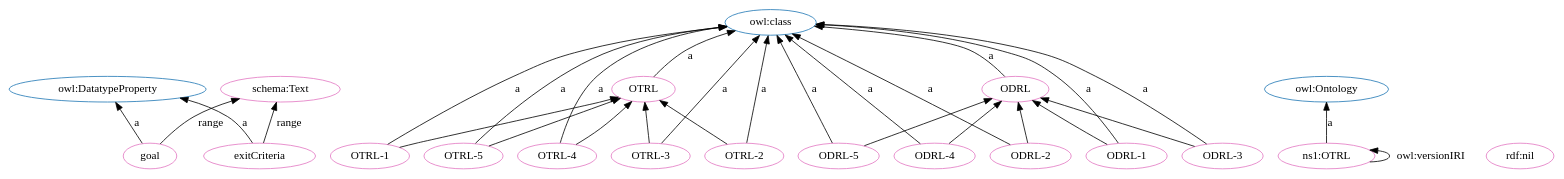
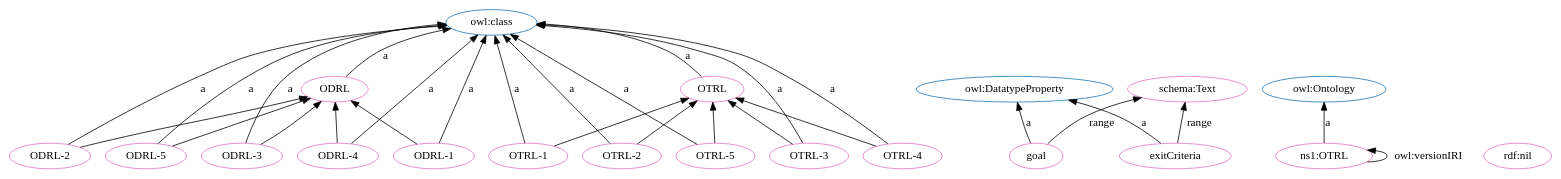
The diagram in OTRL.dot (OPEN-NEXT/OKH-LOSH), drawn with Graphviz before and after one commit. The commit also changed other lines of this file and 15 other files, not shown here.

```diff
--- a/OTRL.dot
+++ b/OTRL.dot
@@ -1,54 +1,54 @@
 digraph G {
   rankdir=BT
   node[height=.3]
+"http://purl.org/oseg/ontologies/OTRL#ODRL" [fillcolor="#1f77b4" color="#1f77b4" label="ODRL"]
+"http://purl.org/oseg/ontologies/OTRL#OTRL" [fillcolor="#1f77b4" color="#1f77b4" label="OTRL"]
 "http://www.w3.org/2002/07/owl#DatatypeProperty" [fillcolor="#1f77b4" color="#1f77b4" label="owl:DatatypeProperty"]
-"http://purl.org/oseg/ontologies/OTRL#OTRL" [fillcolor="#1f77b4" color="#1f77b4" label="OTRL"]
 "http://www.w3.org/2002/07/owl#class" [fillcolor="#1f77b4" color="#1f77b4" label="owl:class"]
-"http://purl.org/oseg/ontologies/OTRL#ODRL" [fillcolor="#1f77b4" color="#1f77b4" label="ODRL"]
 "http://www.w3.org/2002/07/owl#Ontology" [fillcolor="#1f77b4" color="#1f77b4" label="owl:Ontology"]
-"http://purl.org/oseg/ontologies/OTRL#ODRL" [fillcolor="#e377c2" color="#e377c2" label="ODRL"]
-"http://purl.org/oseg/ontologies/OTRL#ODRL-4" [fillcolor="#e377c2" color="#e377c2" label="ODRL-4"]
-"http://purl.org/oseg/ontologies/OTRL#OTRL-5" [fillcolor="#e377c2" color="#e377c2" label="OTRL-5"]
+"http://purl.org/oseg/ontologies/OTRL#OTRL-2" [fillcolor="#e377c2" color="#e377c2" label="OTRL-2"]
+"http://purl.org/oseg/ontologies/OTRL#ODRL-5" [fillcolor="#e377c2" color="#e377c2" label="ODRL-5"]
+"http://purl.org/oseg/ontologies/OTRL#OTRL-1" [fillcolor="#e377c2" color="#e377c2" label="OTRL-1"]
 "http://purl.org/oseg/ontologies/OTRL" [fillcolor="#e377c2" color="#e377c2" label="ns1:OTRL"]
-"http://purl.org/oseg/ontologies/OTRL#OTRL-1" [fillcolor="#e377c2" color="#e377c2" label="OTRL-1"]
 "http://purl.org/oseg/ontologies/OTRL#goal" [fillcolor="#e377c2" color="#e377c2" label="goal"]
-"http://purl.org/oseg/ontologies/OTRL#OTRL" [fillcolor="#e377c2" color="#e377c2" label="OTRL"]
 "http://schema.org/Text" [fillcolor="#e377c2" color="#e377c2" label="schema:Text"]
-"http://purl.org/oseg/ontologies/OTRL#OTRL-4" [fillcolor="#e377c2" color="#e377c2" label="OTRL-4"]
-"http://purl.org/oseg/ontologies/OTRL#ODRL-5" [fillcolor="#e377c2" color="#e377c2" label="ODRL-5"]
 "http://purl.org/oseg/ontologies/OTRL#ODRL-2" [fillcolor="#e377c2" color="#e377c2" label="ODRL-2"]
 "http://purl.org/oseg/ontologies/OTRL#ODRL-3" [fillcolor="#e377c2" color="#e377c2" label="ODRL-3"]
+"http://purl.org/oseg/ontologies/OTRL#ODRL" [fillcolor="#e377c2" color="#e377c2" label="ODRL"]
+"http://purl.org/oseg/ontologies/OTRL#ODRL-1" [fillcolor="#e377c2" color="#e377c2" label="ODRL-1"]
 "http://www.w3.org/1999/02/22-rdf-syntax-ns#nil" [fillcolor="#e377c2" color="#e377c2" label="rdf:nil"]
-"http://purl.org/oseg/ontologies/OTRL#OTRL-2" [fillcolor="#e377c2" color="#e377c2" label="OTRL-2"]
+"http://purl.org/oseg/ontologies/OTRL#OTRL" [fillcolor="#e377c2" color="#e377c2" label="OTRL"]
+"http://purl.org/oseg/ontologies/OTRL#exitCriteria" [fillcolor="#e377c2" color="#e377c2" label="exitCriteria"]
+"http://purl.org/oseg/ontologies/OTRL#OTRL-5" [fillcolor="#e377c2" color="#e377c2" label="OTRL-5"]
+"http://purl.org/oseg/ontologies/OTRL#OTRL-4" [fillcolor="#e377c2" color="#e377c2" label="OTRL-4"]
+"http://purl.org/oseg/ontologies/OTRL#ODRL-4" [fillcolor="#e377c2" color="#e377c2" label="ODRL-4"]
 "http://purl.org/oseg/ontologies/OTRL#OTRL-3" [fillcolor="#e377c2" color="#e377c2" label="OTRL-3"]
-"http://purl.org/oseg/ontologies/OTRL#exitCriteria" [fillcolor="#e377c2" color="#e377c2" label="exitCriteria"]
-"http://purl.org/oseg/ontologies/OTRL#ODRL-1" [fillcolor="#e377c2" color="#e377c2" label="ODRL-1"]
-  "http://purl.org/oseg/ontologies/OTRL#ODRL-4" -> "http://www.w3.org/2002/07/owl#class" [label="a"]
+  "http://purl.org/oseg/ontologies/OTRL#OTRL-1" -> "http://www.w3.org/2002/07/owl#class" [label="a"]
   "http://purl.org/oseg/ontologies/OTRL" -> "http://www.w3.org/2002/07/owl#Ontology" [label="a"]
   "http://purl.org/oseg/ontologies/OTRL#goal" -> "http://www.w3.org/2002/07/owl#DatatypeProperty" [label="a"]
+  "http://purl.org/oseg/ontologies/OTRL#ODRL-3" -> "http://www.w3.org/2002/07/owl#class" [label="a"]
+  "http://purl.org/oseg/ontologies/OTRL#ODRL-2" -> "http://purl.org/oseg/ontologies/OTRL#ODRL" [label=""]
+  "http://purl.org/oseg/ontologies/OTRL#exitCriteria" -> "http://www.w3.org/2002/07/owl#DatatypeProperty" [label="a"]
+  "http://purl.org/oseg/ontologies/OTRL#OTRL-5" -> "http://www.w3.org/2002/07/owl#class" [label="a"]
+  "http://purl.org/oseg/ontologies/OTRL#ODRL" -> "http://www.w3.org/2002/07/owl#class" [label="a"]
+  "http://purl.org/oseg/ontologies/OTRL#ODRL-5" -> "http://purl.org/oseg/ontologies/OTRL#ODRL" [label=""]
+  "http://purl.org/oseg/ontologies/OTRL#OTRL-4" -> "http://www.w3.org/2002/07/owl#class" [label="a"]
+  "http://purl.org/oseg/ontologies/OTRL#OTRL-5" -> "http://purl.org/oseg/ontologies/OTRL#OTRL" [label=""]
+  "http://purl.org/oseg/ontologies/OTRL#OTRL-3" -> "http://purl.org/oseg/ontologies/OTRL#OTRL" [label=""]
   "http://purl.org/oseg/ontologies/OTRL#OTRL-1" -> "http://purl.org/oseg/ontologies/OTRL#OTRL" [label=""]
-  "http://purl.org/oseg/ontologies/OTRL#OTRL-4" -> "http://www.w3.org/2002/07/owl#class" [label="a"]
+  "http://purl.org/oseg/ontologies/OTRL#ODRL-1" -> "http://purl.org/oseg/ontologies/OTRL#ODRL" [label=""]
+  "http://purl.org/oseg/ontologies/OTRL#ODRL-4" -> "http://purl.org/oseg/ontologies/OTRL#ODRL" [label=""]
   "http://purl.org/oseg/ontologies/OTRL#ODRL-5" -> "http://www.w3.org/2002/07/owl#class" [label="a"]
-  "http://purl.org/oseg/ontologies/OTRL#ODRL-2" -> "http://www.w3.org/2002/07/owl#class" [label="a"]
-  "http://purl.org/oseg/ontologies/OTRL#OTRL" -> "http://www.w3.org/2002/07/owl#class" [label="a"]
   "http://purl.org/oseg/ontologies/OTRL#OTRL-2" -> "http://www.w3.org/2002/07/owl#class" [label="a"]
   "http://purl.org/oseg/ontologies/OTRL#goal" -> "http://schema.org/Text" [label="range"]
-  "http://purl.org/oseg/ontologies/OTRL#OTRL-5" -> "http://purl.org/oseg/ontologies/OTRL#OTRL" [label=""]
-  "http://purl.org/oseg/ontologies/OTRL#exitCriteria" -> "http://www.w3.org/2002/07/owl#DatatypeProperty" [label="a"]
-  "http://purl.org/oseg/ontologies/OTRL#ODRL-3" -> "http://purl.org/oseg/ontologies/OTRL#ODRL" [label=""]
-  "http://purl.org/oseg/ontologies/OTRL#ODRL-1" -> "http://purl.org/oseg/ontologies/OTRL#ODRL" [label=""]
-  "http://purl.org/oseg/ontologies/OTRL#OTRL-5" -> "http://www.w3.org/2002/07/owl#class" [label="a"]
-  "http://purl.org/oseg/ontologies/OTRL#OTRL-1" -> "http://www.w3.org/2002/07/owl#class" [label="a"]
+  "http://purl.org/oseg/ontologies/OTRL#ODRL-2" -> "http://www.w3.org/2002/07/owl#class" [label="a"]
+  "http://purl.org/oseg/ontologies/OTRL#ODRL-1" -> "http://www.w3.org/2002/07/owl#class" [label="a"]
+  "http://purl.org/oseg/ontologies/OTRL#OTRL-2" -> "http://purl.org/oseg/ontologies/OTRL#OTRL" [label=""]
   "http://purl.org/oseg/ontologies/OTRL#exitCriteria" -> "http://schema.org/Text" [label="range"]
   "http://purl.org/oseg/ontologies/OTRL#OTRL-4" -> "http://purl.org/oseg/ontologies/OTRL#OTRL" [label=""]
-  "http://purl.org/oseg/ontologies/OTRL#ODRL-3" -> "http://www.w3.org/2002/07/owl#class" [label="a"]
-  "http://purl.org/oseg/ontologies/OTRL#ODRL" -> "http://www.w3.org/2002/07/owl#class" [label="a"]
-  "http://purl.org/oseg/ontologies/OTRL#ODRL-4" -> "http://purl.org/oseg/ontologies/OTRL#ODRL" [label=""]
+  "http://purl.org/oseg/ontologies/OTRL" -> "http://purl.org/oseg/ontologies/OTRL" [label="owl:versionIRI"]
+  "http://purl.org/oseg/ontologies/OTRL#ODRL-3" -> "http://purl.org/oseg/ontologies/OTRL#ODRL" [label=""]
+  "http://purl.org/oseg/ontologies/OTRL#ODRL-4" -> "http://www.w3.org/2002/07/owl#class" [label="a"]
+  "http://purl.org/oseg/ontologies/OTRL#OTRL" -> "http://www.w3.org/2002/07/owl#class" [label="a"]
   "http://purl.org/oseg/ontologies/OTRL#OTRL-3" -> "http://www.w3.org/2002/07/owl#class" [label="a"]
-  "http://purl.org/oseg/ontologies/OTRL#OTRL-2" -> "http://purl.org/oseg/ontologies/OTRL#OTRL" [label=""]
-  "http://purl.org/oseg/ontologies/OTRL#ODRL-5" -> "http://purl.org/oseg/ontologies/OTRL#ODRL" [label=""]
-  "http://purl.org/oseg/ontologies/OTRL#OTRL-3" -> "http://purl.org/oseg/ontologies/OTRL#OTRL" [label=""]
-  "http://purl.org/oseg/ontologies/OTRL" -> "http://purl.org/oseg/ontologies/OTRL" [label="owl:versionIRI"]
-  "http://purl.org/oseg/ontologies/OTRL#ODRL-2" -> "http://purl.org/oseg/ontologies/OTRL#ODRL" [label=""]
-  "http://purl.org/oseg/ontologies/OTRL#ODRL-1" -> "http://www.w3.org/2002/07/owl#class" [label="a"]
 }
```
